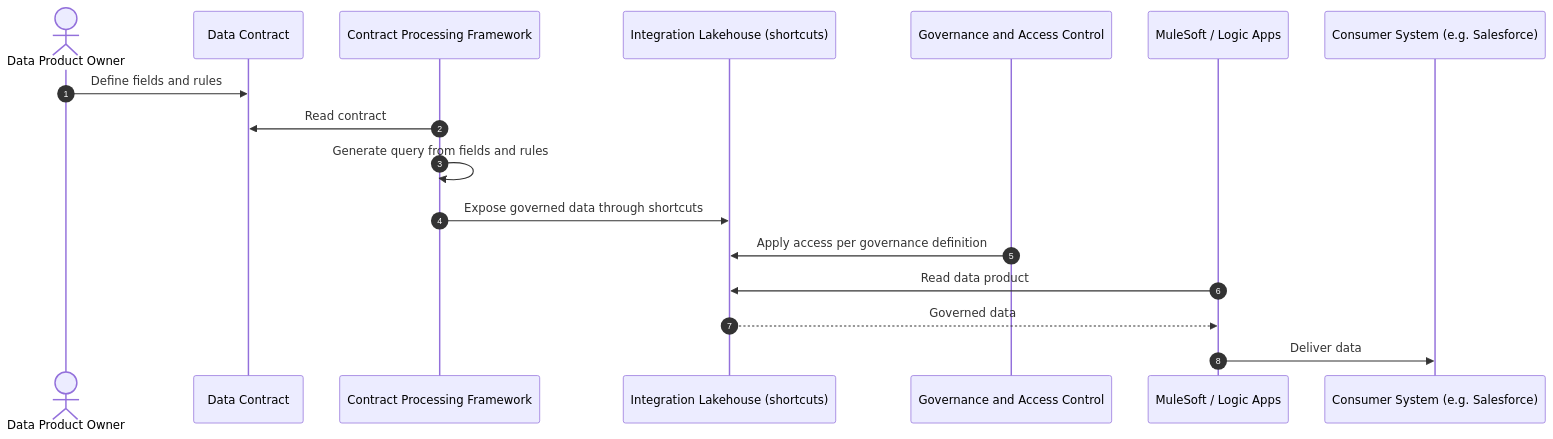
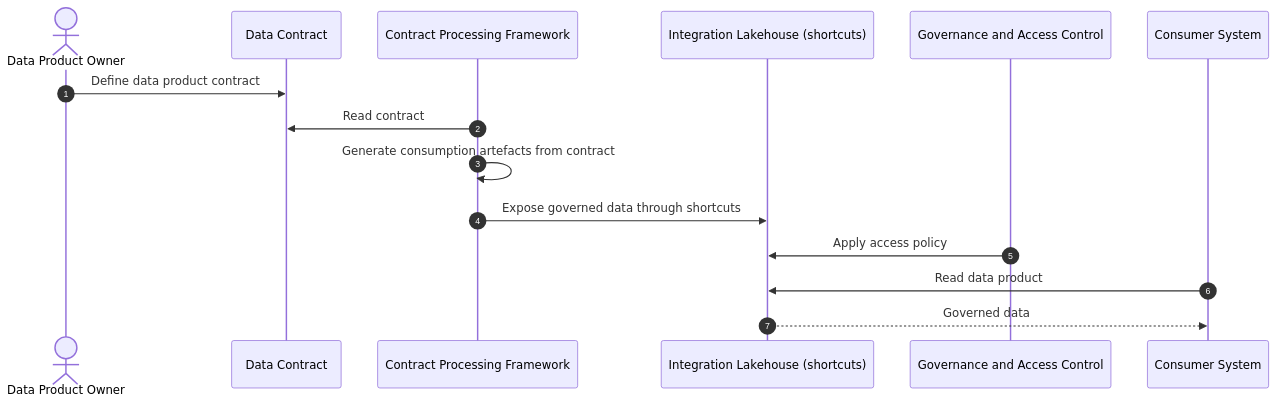
One commit to morbvel-crypto/fabric_hld changed the second of 5 diagrams in README.md. Above: the diagram before and after it, drawn with Mermaid. The commit also changed other lines of this file, not shown here.

Commit message:
Revise data product and contract descriptions in README
Updated the description of data products and contracts, emphasizing the transition to data producer and the role of data contracts. Adjusted sequence diagram participants and actions for clarity.

````diff
--- a/README.md
+++ b/README.md
@@ -83,20 +82,18 @@
 ```mermaid
 sequenceDiagram
     autonumber
     actor Owner as Data Product Owner
     participant Contract as Data Contract
     participant Gen as Contract Processing Framework
     participant IntLH as Integration Lakehouse (shortcuts)
     participant Gov as Governance and Access Control
-    participant Ext as MuleSoft / Logic Apps
-    participant Sys as Consumer System (e.g. Salesforce)
+    participant Consumer as Consumer System
 
-    Owner->>Contract: Define fields and rules
+    Owner->>Contract: Define data product contract
     Gen->>Contract: Read contract
-    Gen->>Gen: Generate query from fields and rules
+    Gen->>Gen: Generate consumption artefacts from contract
     Gen->>IntLH: Expose governed data through shortcuts
-    Gov->>IntLH: Apply access per governance definition
-    Ext->>IntLH: Read data product
-    IntLH-->>Ext: Governed data
-    Ext->>Sys: Deliver data
+    Gov->>IntLH: Apply access policy
+    Consumer->>IntLH: Read data product
+    IntLH-->>Consumer: Governed data
 ```
````
